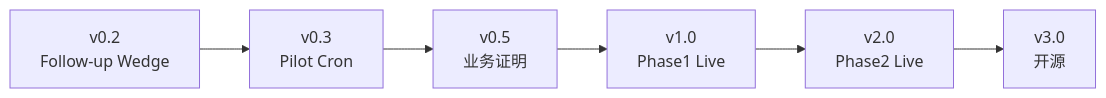
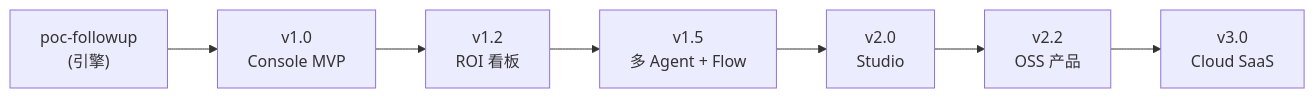
Before and after one commit to franksunye/agent-loop: the diagram in docs/public/PUB-05-releases.md, drawn with Mermaid. The commit also changed other lines of this file and 6 other files, not shown here.

````diff
--- a/docs/public/PUB-05-releases.md
+++ b/docs/public/PUB-05-releases.md
@@ -25,10 +53,9 @@
 ```mermaid
 flowchart LR
-    v02["v0.2<br/>Follow-up Wedge"]
-    v03["v0.3<br/>Pilot Cron"]
-    v05["v0.5<br/>业务证明"]
-    v10["v1.0<br/>Phase1 Live"]
-    v20["v2.0<br/>Phase2 Live"]
-    v30["v3.0<br/>开源"]
-    v02 --> v03 --> v05 --> v10 --> v20 --> v30
+    p["poc-followup<br/>(引擎)"] --> v10["v1.0<br/>Console MVP"]
+    v10 --> v12["v1.2<br/>ROI 看板"]
+    v12 --> v15["v1.5<br/>多 Agent + Flow"]
+    v15 --> v20["v2.0<br/>Studio"]
+    v20 --> v22["v2.2<br/>OSS 产品"]
+    v22 --> v30["v3.0<br/>Cloud SaaS"]
 ```
````
